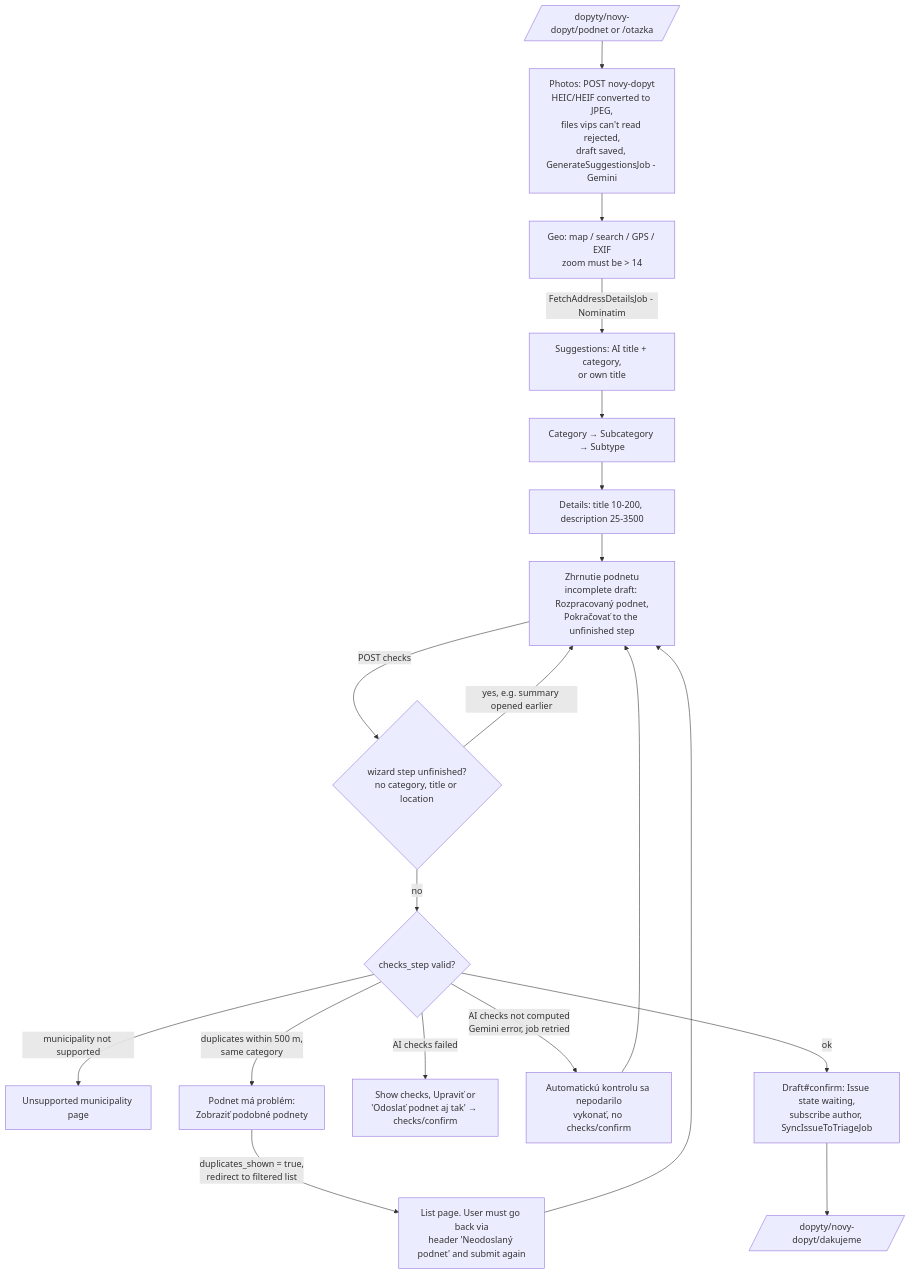
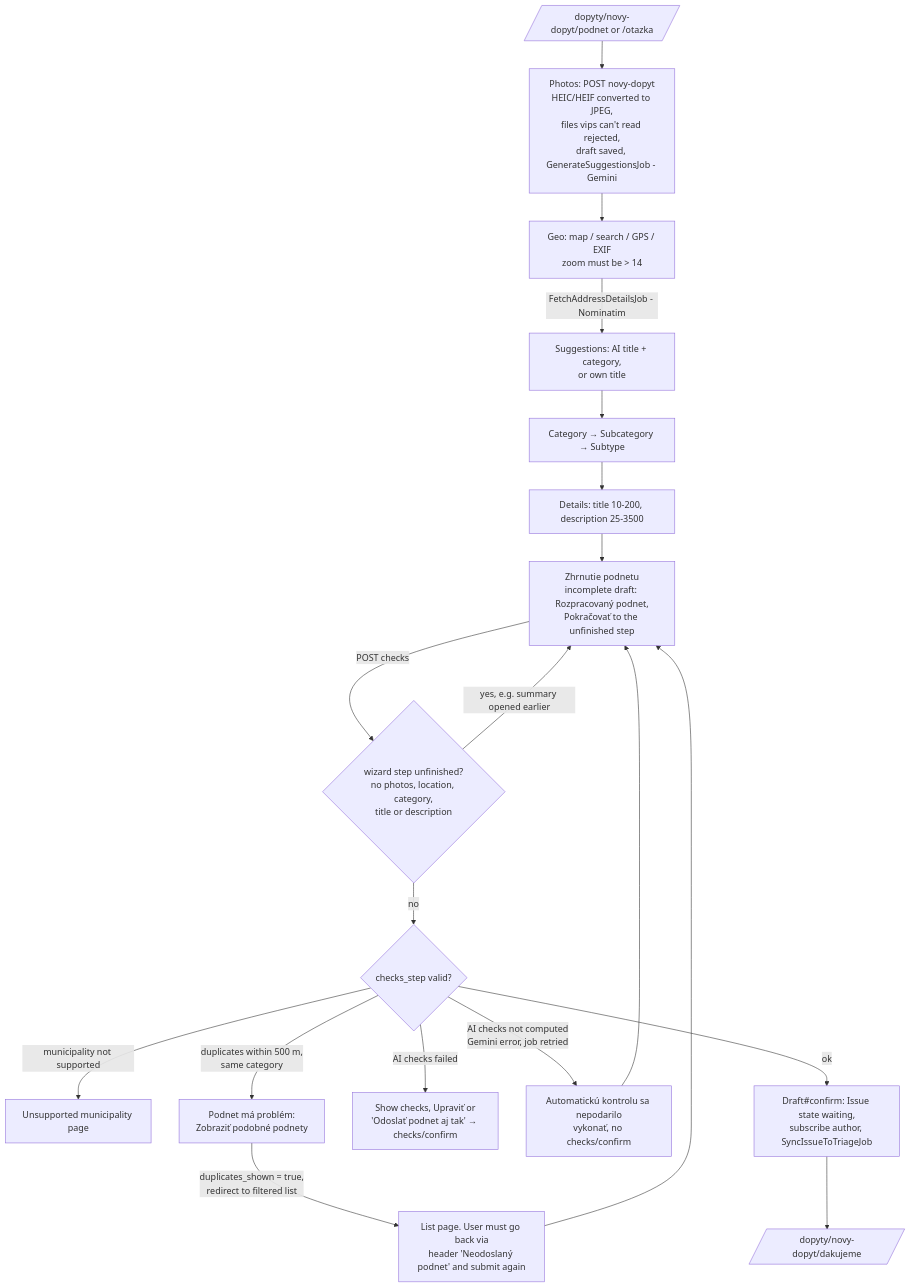
Before and after one commit to slovensko-digital/ops-portal: the first of 3 diagrams in docs/how-it-works/03-submission-and-triage.md, drawn with Mermaid. The commit also changed other lines of this file, not shown here.

Commit message:
docs: list every missing field that sends an unfinished draft back to the summary

````diff
--- a/docs/how-it-works/03-submission-and-triage.md
+++ b/docs/how-it-works/03-submission-and-triage.md
@@ -9,21 +9,21 @@
 ```mermaid
 flowchart TD
   A[/dopyty/novy-dopyt/podnet or /otazka/] --> B[Photos: POST novy-dopyt<br/>HEIC/HEIF converted to JPEG,<br/>files vips can't read rejected,<br/>draft saved, GenerateSuggestionsJob - Gemini]
   B --> C[Geo: map / search / GPS / EXIF<br/>zoom must be > 14]
   C -->|FetchAddressDetailsJob - Nominatim| D[Suggestions: AI title + category,<br/>or own title]
   D --> E[Category → Subcategory → Subtype]
   E --> F[Details: title 10-200, description 25-3500]
   F --> G[Zhrnutie podnetu<br/>incomplete draft: Rozpracovaný podnet,<br/>Pokračovať to the unfinished step]
-  G -->|POST checks| G1{wizard step unfinished?<br/>no category, title or location}
+  G -->|POST checks| G1{wizard step unfinished?<br/>no photos, location, category,<br/>title or description}
   G1 -->|yes, e.g. summary opened earlier| G
   G1 -->|no| H{checks_step valid?}
   H -->|municipality not supported| H1[Unsupported municipality page]
   H -->|duplicates within 500 m,<br/>same category| H2[Podnet má problém:<br/>Zobraziť podobné podnety]
   H2 -->|duplicates_shown = true,<br/>redirect to filtered list| H3[List page. User must go back via<br/>header 'Neodoslaný podnet' and submit again]
   H3 --> G
   H -->|AI checks failed| H4[Show checks, Upraviť or<br/>'Odoslať podnet aj tak' → checks/confirm]
   H -->|AI checks not computed<br/>Gemini error, job retried| H5[Automatickú kontrolu sa nepodarilo<br/>vykonať, no checks/confirm]
   H5 --> G
   H -->|ok| I[Draft#confirm: Issue state waiting,<br/>subscribe author, SyncIssueToTriageJob]
   I --> J[/dopyty/novy-dopyt/dakujeme/]
 ```
````
